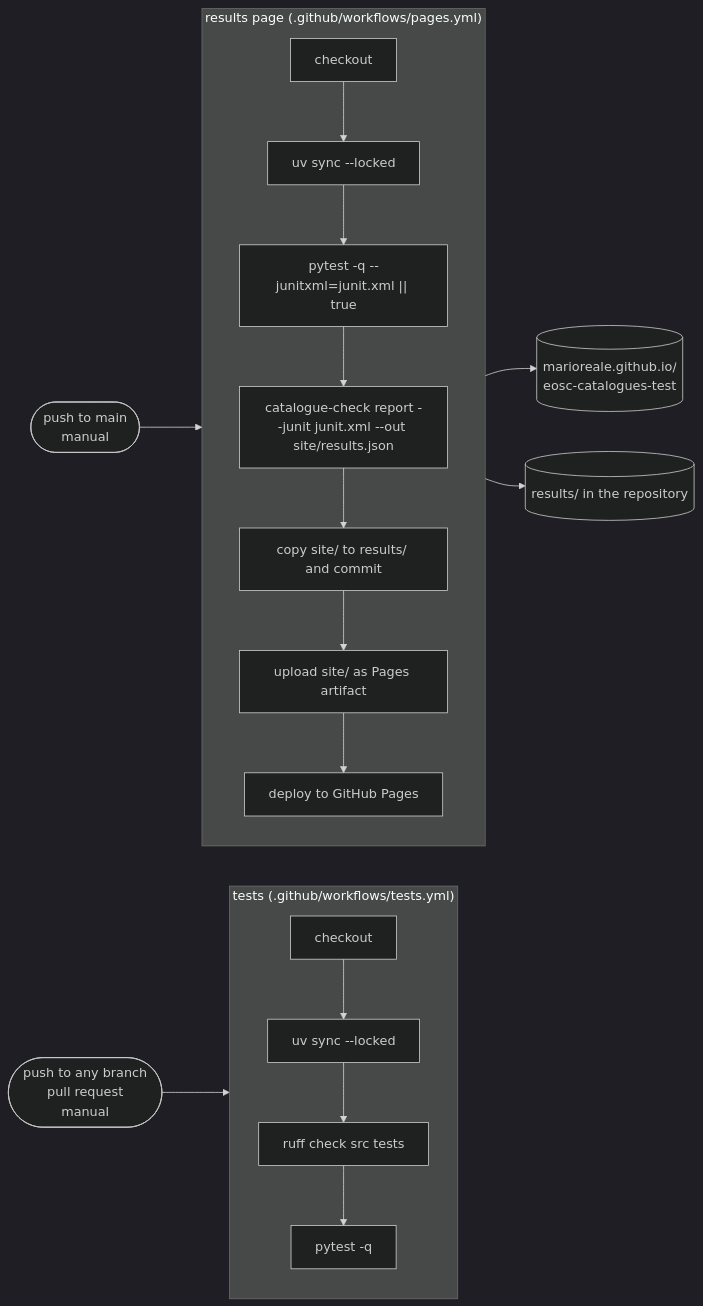
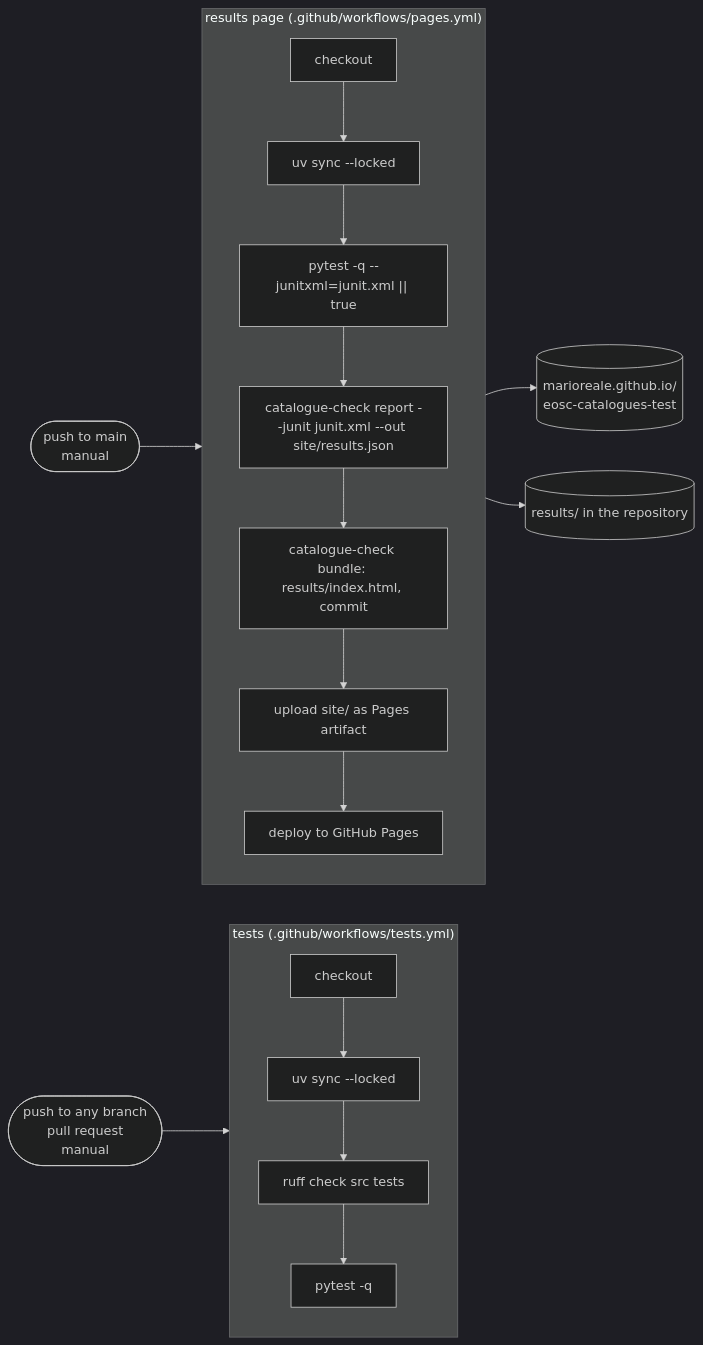
One commit to marioreale/eosc-catalogues-test changed the fourth of 5 diagrams in docs/README.md. Above: the diagram before and after it, drawn with Mermaid (dark theme). The commit also changed other lines of this file and 5 other files, not shown here.

````diff
--- a/docs/README.md
+++ b/docs/README.md
@@ -160,17 +167,17 @@
 ```mermaid
 flowchart LR
     subgraph T["tests  (.github/workflows/tests.yml)"]
       direction TB
       t1[checkout] --> t2["uv sync --locked"] --> t3["ruff check src tests"] --> t4["pytest -q"]
     end
     subgraph P["results page  (.github/workflows/pages.yml)"]
       direction TB
       p1[checkout] --> p2["uv sync --locked"] --> p3["pytest -q --junitxml=junit.xml || true"]
       p3 --> p4["catalogue-check report --junit junit.xml --out site/results.json"]
-      p4 --> p5["copy site/ to results/ and commit"] --> p6["upload site/ as Pages artifact"] --> p7["deploy to GitHub Pages"]
+      p4 --> p5["catalogue-check bundle: results/index.html, commit"] --> p6["upload site/ as Pages artifact"] --> p7["deploy to GitHub Pages"]
     end
     push(["push to any branch<br/>pull request<br/>manual"]) --> T
     main(["push to main<br/>manual"]) --> P
     p7 --> web[("marioreale.github.io/<br/>eosc-catalogues-test")]
     p5 --> repo[("results/ in the repository")]
 ```
````
